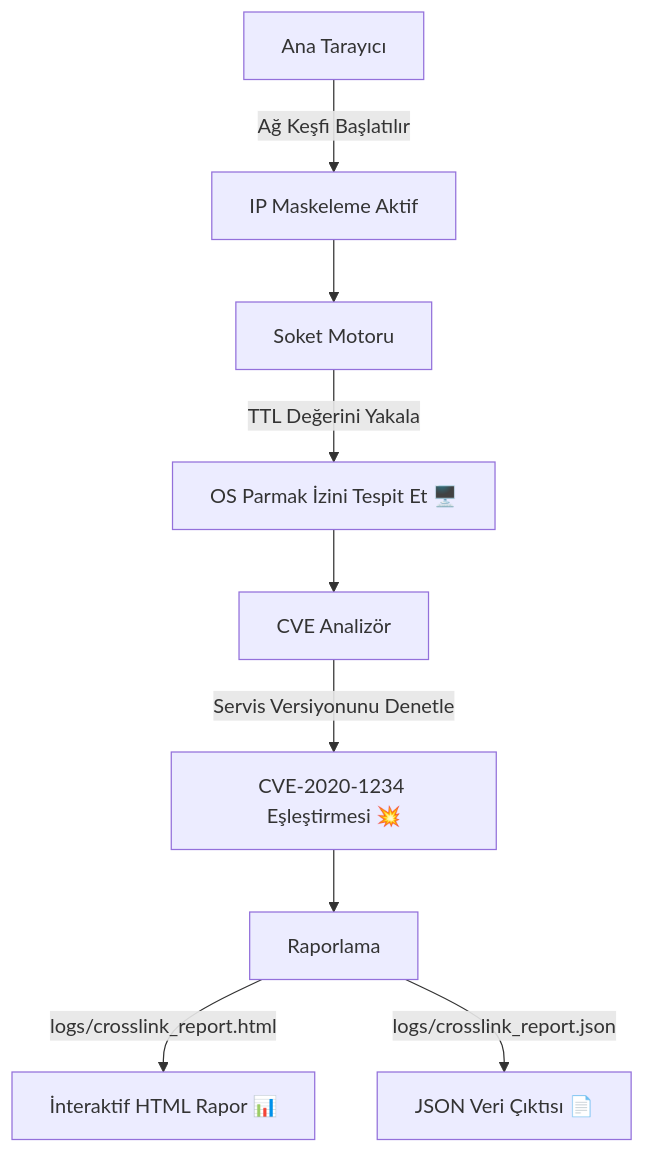
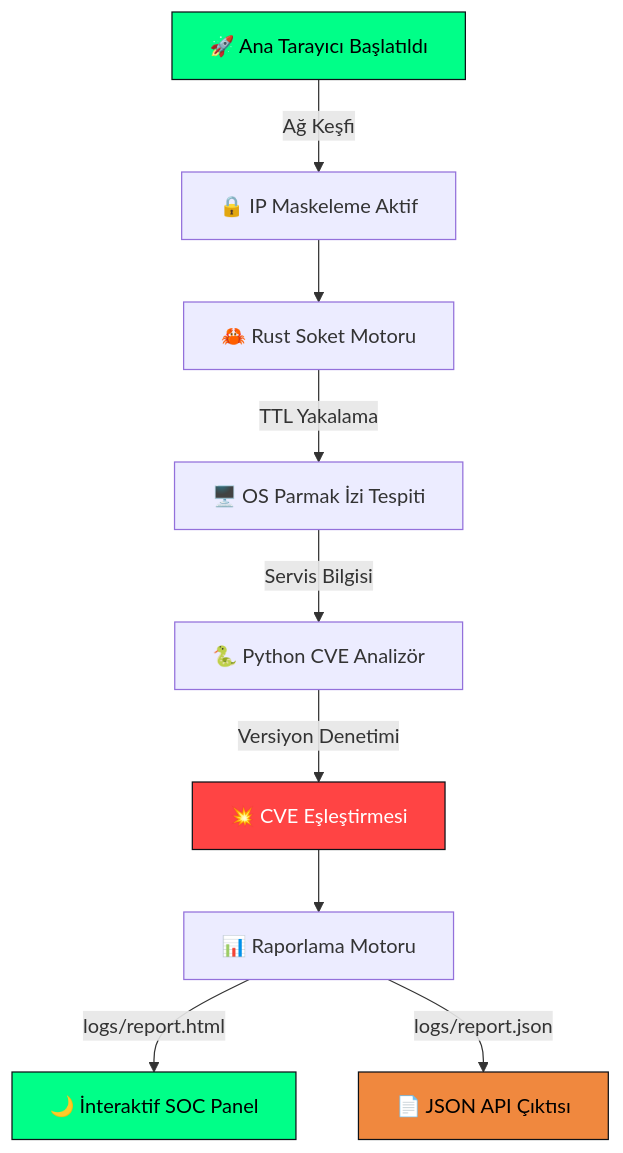
One commit to apo536098-wq/Project-CrossLink changed the diagram in README.md. Above: the diagram before and after it, drawn with Mermaid. The commit also changed other lines of this file, not shown here.

````diff
--- a/README.md
+++ b/README.md
@@ -152,11 +151,16 @@
 ```mermaid
 graph TD
-    A[Ana Tarayıcı] -->|Ağ Keşfi Başlatılır| B[IP Maskeleme Aktif]
-    B --> C[Soket Motoru]
-    C -->|TTL Değerini Yakala| D[OS Parmak İzini Tespit Et 🖥️]
-    D --> E[CVE Analizör]
-    E -->|Servis Versiyonunu Denetle| F[CVE-2020-1234 Eşleştirmesi 💥]
-    F --> G[Raporlama]
-    G -->|logs/crosslink_report.html| H[İnteraktif HTML Rapor 📊]
-    G -->|logs/crosslink_report.json| I[JSON Veri Çıktısı 📄]
+    A[🚀 Ana Tarayıcı Başlatıldı] -->|Ağ Keşfi| B[🔒 IP Maskeleme Aktif]
+    B --> C[🦀 Rust Soket Motoru]
+    C -->|TTL Yakalama| D[🖥️ OS Parmak İzi Tespiti]
+    D -->|Servis Bilgisi| E[🐍 Python CVE Analizör]
+    E -->|Versiyon Denetimi| F[💥 CVE Eşleştirmesi]
+    F --> G[📊 Raporlama Motoru]
+    G -->|logs/report.html| H[🌙 İnteraktif SOC Panel]
+    G -->|logs/report.json| I[📄 JSON API Çıktısı]
+    
+    style A fill:#00ff88,stroke:#0d1117,color:#000
+    style H fill:#00ff88,stroke:#0d1117,color:#000
+    style I fill:#f0883e,stroke:#0d1117,color:#000
+    style F fill:#ff4444,stroke:#0d1117,color:#fff
 ```
````
